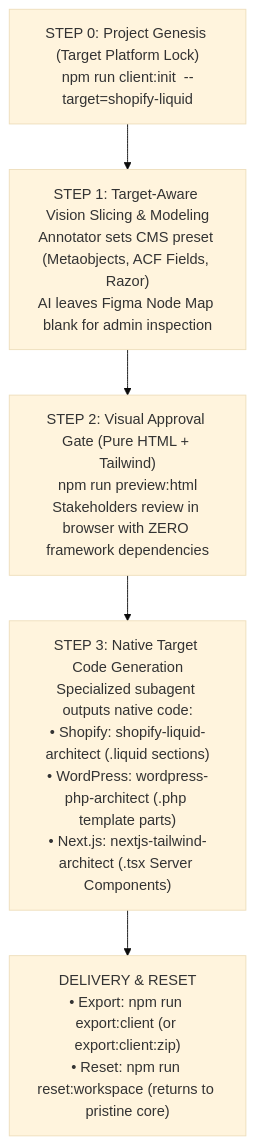
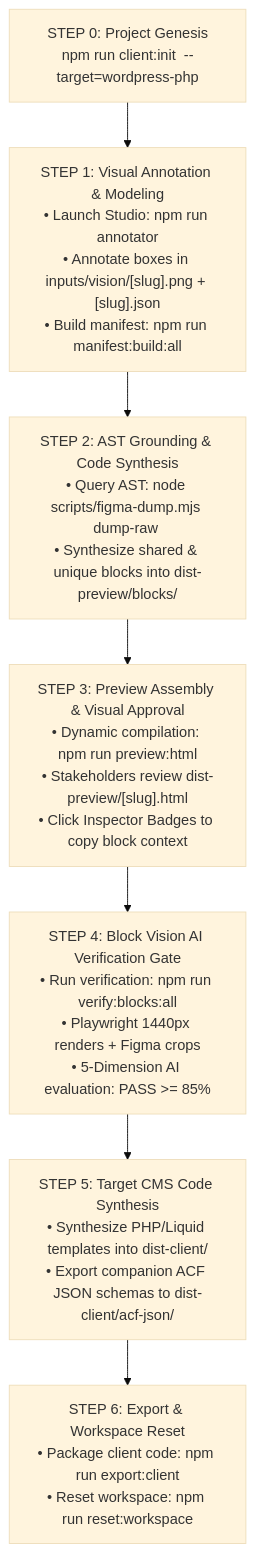
The diagram in README.md (sudipto21in2024/UniversalCMSWorkflow), drawn with Mermaid (base theme) before and after one commit. The commit also changed other lines of this file and 20 other files, not shown here.

First line of the commit message:
feat(verification): implement block vision verification pipeline and AST-first grounding

````diff
--- a/README.md
+++ b/README.md
@@ -19,12 +22,18 @@
 ```mermaid
 flowchart TD
-    Step0["STEP 0: Project Genesis (Target Platform Lock)\nnpm run client:init <name> --target=shopify-liquid"]
+    S0["STEP 0: Project Genesis\nnpm run client:init <name> --target=wordpress-php"]
     
-    Step0 --> Step1["STEP 1: Target-Aware Vision Slicing & Modeling\nAnnotator sets CMS preset (Metaobjects, ACF Fields, Razor)\nAI leaves Figma Node Map blank for admin inspection"]
+    S1["STEP 1: Visual Annotation & Modeling\n• Launch Studio: npm run annotator\n• Annotate boxes in inputs/vision/[slug].png + [slug].json\n• Build manifest: npm run manifest:build:all"]
     
-    Step1 --> Step2["STEP 2: Visual Approval Gate (Pure HTML + Tailwind)\nnpm run preview:html\nStakeholders review in browser with ZERO framework dependencies"]
+    S2["STEP 2: AST Grounding & Code Synthesis\n• Query AST: node scripts/figma-dump.mjs dump-raw <node_id>\n• Synthesize shared & unique blocks into dist-preview/blocks/"]
     
-    Step2 --> Step3["STEP 3: Native Target Code Generation\nSpecialized subagent outputs native code:\n• Shopify: shopify-liquid-architect (.liquid sections)\n• WordPress: wordpress-php-architect (.php template parts)\n• Next.js: nextjs-tailwind-architect (.tsx Server Components)"]
+    S3["STEP 3: Preview Assembly & Visual Approval\n• Dynamic compilation: npm run preview:html\n• Stakeholders review dist-preview/[slug].html\n• Click Inspector Badges to copy block context"]
     
-    Step3 --> Step4["DELIVERY & RESET\n• Export: npm run export:client (or export:client:zip)\n• Reset: npm run reset:workspace (returns to pristine core)"]
+    S4["STEP 4: Block Vision AI Verification Gate\n• Run verification: npm run verify:blocks:all\n• Playwright 1440px renders + Figma crops\n• 5-Dimension AI evaluation: PASS >= 85%"]
+    
+    S5["STEP 5: Target CMS Code Synthesis\n• Synthesize PHP/Liquid templates into dist-client/\n• Export companion ACF JSON schemas to dist-client/acf-json/"]
+    
+    S6["STEP 6: Export & Workspace Reset\n• Package client code: npm run export:client\n• Reset workspace: npm run reset:workspace"]
+
+    S0 --> S1 --> S2 --> S3 --> S4 --> S5 --> S6
 ```
````
